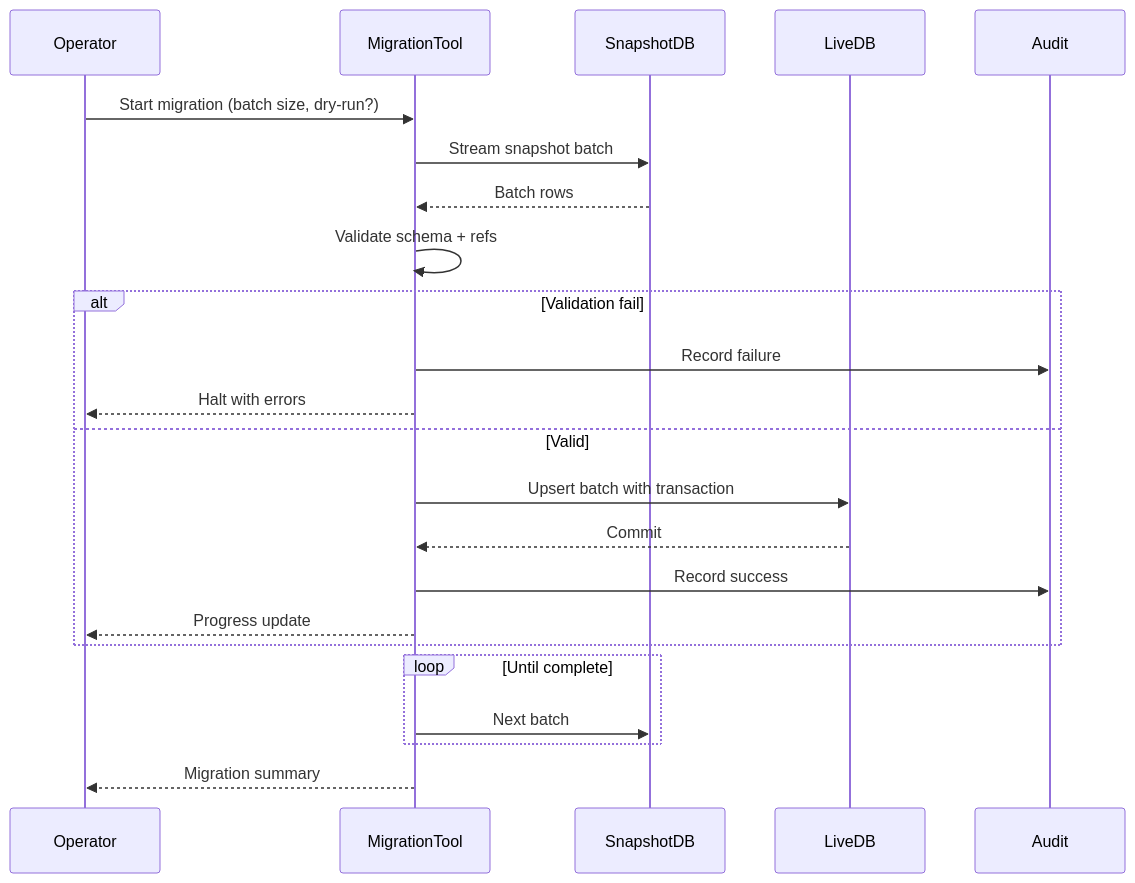
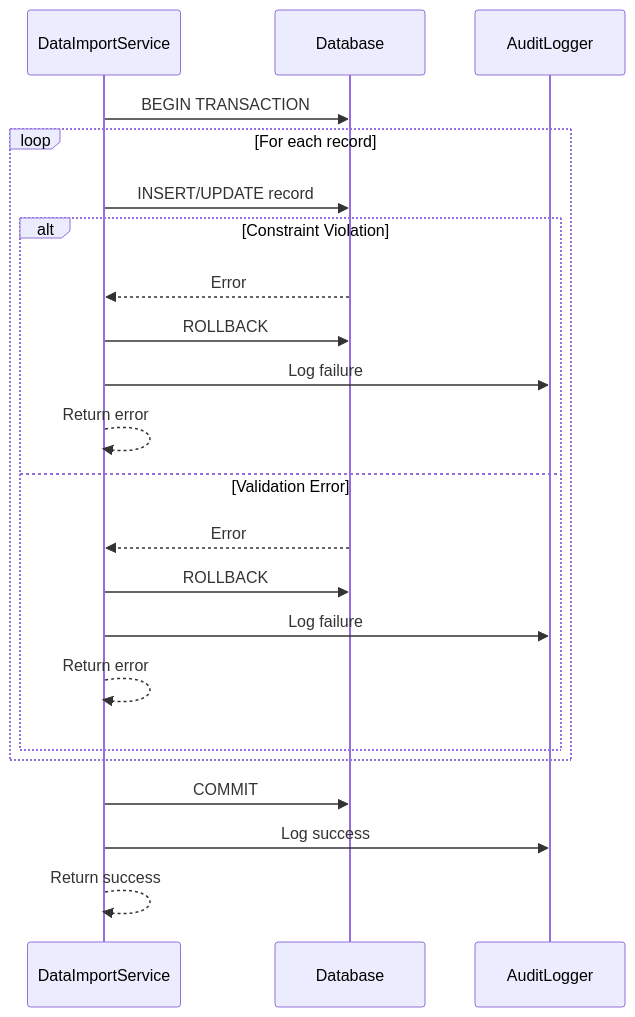
One commit to exatfrds67/umamusume-career-planner changed the second of 3 diagrams in docs/01-sequences/SEQ-015_Data_Migration_Snapshot_to_Live.md. Above: the diagram before and after it, drawn with Mermaid. The commit also changed other lines of this file and 67 other files, not shown here.

````diff
--- a/docs/01-sequences/SEQ-015_Data_Migration_Snapshot_to_Live.md
+++ b/docs/01-sequences/SEQ-015_Data_Migration_Snapshot_to_Live.md
@@ -30,26 +812,28 @@
 ```mermaid
 sequenceDiagram
-    participant OP as Operator
-    participant API as MigrationTool
-    participant SRC as SnapshotDB
-    participant DB as LiveDB
-    participant LOG as Audit
-
-    OP->>API: Start migration (batch size, dry-run?)
-    API->>SRC: Stream snapshot batch
-    SRC-->>API: Batch rows
-    API->>API: Validate schema + refs
-    alt Validation fail
-        API->>LOG: Record failure
-        API-->>OP: Halt with errors
-    else Valid
-        API->>DB: Upsert batch with transaction
-        DB-->>API: Commit
-        API->>LOG: Record success
-        API-->>OP: Progress update
+    participant Import as DataImportService
+    participant DB as Database
+    participant Audit as AuditLogger
+    
+    Import->>DB: BEGIN TRANSACTION
+    
+    loop For each record
+        Import->>DB: INSERT/UPDATE record
+        
+        alt Constraint Violation
+            DB-->>Import: Error
+            Import->>DB: ROLLBACK
+            Import->>Audit: Log failure
+            Import-->>Import: Return error
+        else Validation Error
+            DB-->>Import: Error
+            Import->>DB: ROLLBACK
+            Import->>Audit: Log failure
+            Import-->>Import: Return error
+        end
     end
-    loop Until complete
-        API->>SRC: Next batch
-    end
-    API-->>OP: Migration summary
+    
+    Import->>DB: COMMIT
+    Import->>Audit: Log success
+    Import-->>Import: Return success
 ```
````
